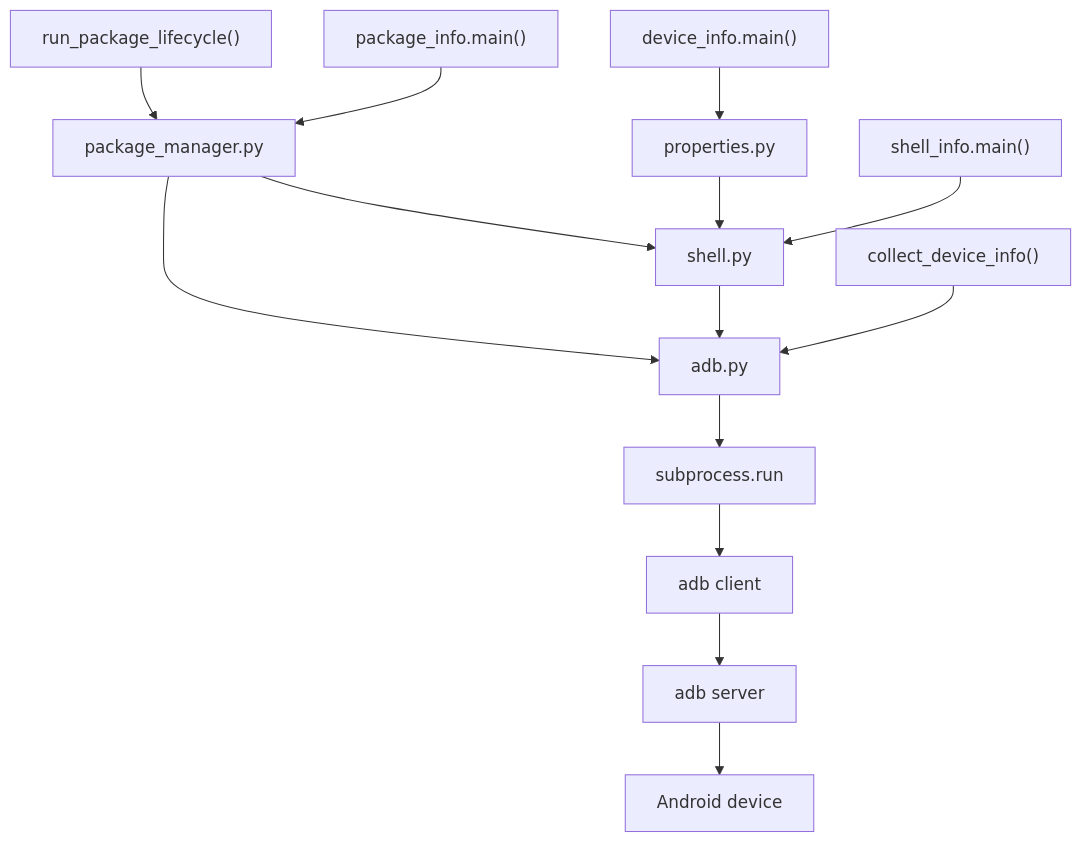
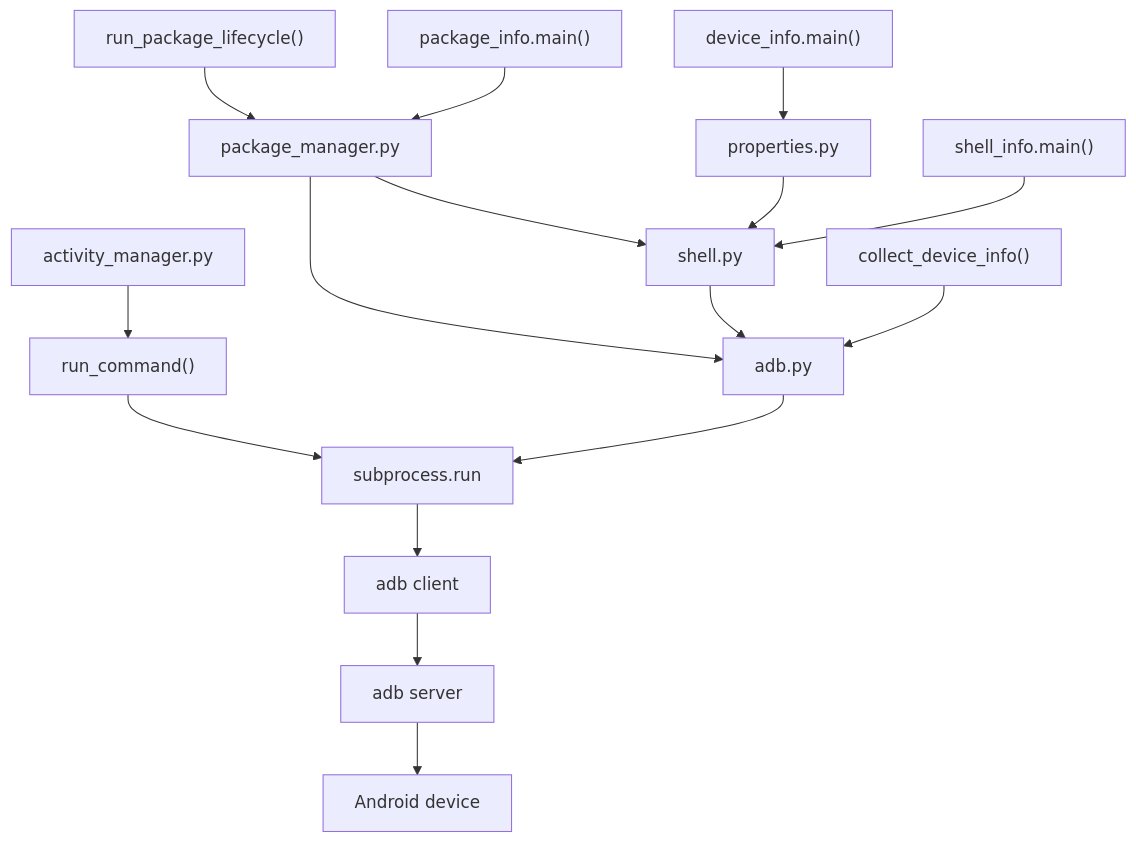
Before and after one commit to andrew771027/android-cookbook: the diagram in docs/architecture.md, drawn with Mermaid. The commit also changed other lines of this file and 7 other files, not shown here.

````diff
--- a/docs/architecture.md
+++ b/docs/architecture.md
@@ -6,16 +7,18 @@
 ```mermaid
 flowchart TD
+    ActivityManager["activity_manager.py"] --> RunCommand["run_command()"]
+    RunCommand --> Subprocess
     DeviceInfo["device_info.main()"] --> Properties["properties.py"]
     PackageLifecycle["run_package_lifecycle()"] --> PackageManager
     PackageInfo["package_info.main()"] --> PackageManager["package_manager.py"]
     PackageManager --> Shell
     PackageManager --> Adb
     Properties --> Shell["shell.py"]
     ShellInfo["shell_info.main()"] --> Shell
     Shell --> Adb["adb.py"]
     CollectDeviceInfo["collect_device_info()"] --> Adb
     Adb --> Subprocess["subprocess.run"]
     Subprocess --> Client["adb client"]
     Client --> Server["adb server"]
     Server --> Device["Android device"]
 ```
````
